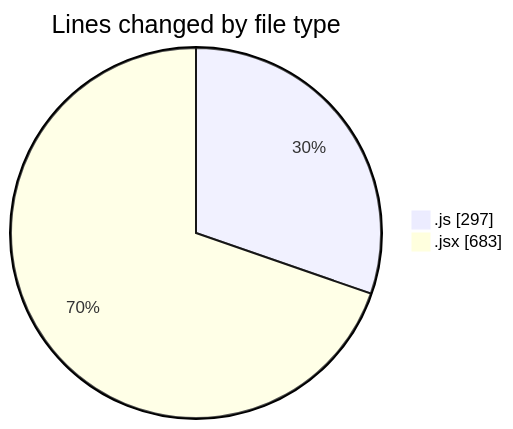
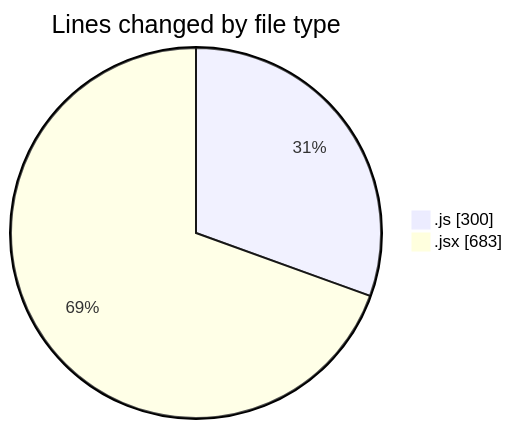
The first of 2 diagrams in 2025-08-21/nxtqube_webapp/README.md (nxtqubesakshisongat/code-tracking), drawn with Mermaid before and after one commit. The commit also changed other lines of this file and 1 other file, not shown here.

````diff
--- a/2025-08-21/nxtqube_webapp/README.md
+++ b/2025-08-21/nxtqube_webapp/README.md
@@ -22,6 +22,6 @@
 ```mermaid
 pie showData
 title Lines changed by file type
-".js" : 297
+".js" : 300
 ".jsx" : 683
 ```
````
